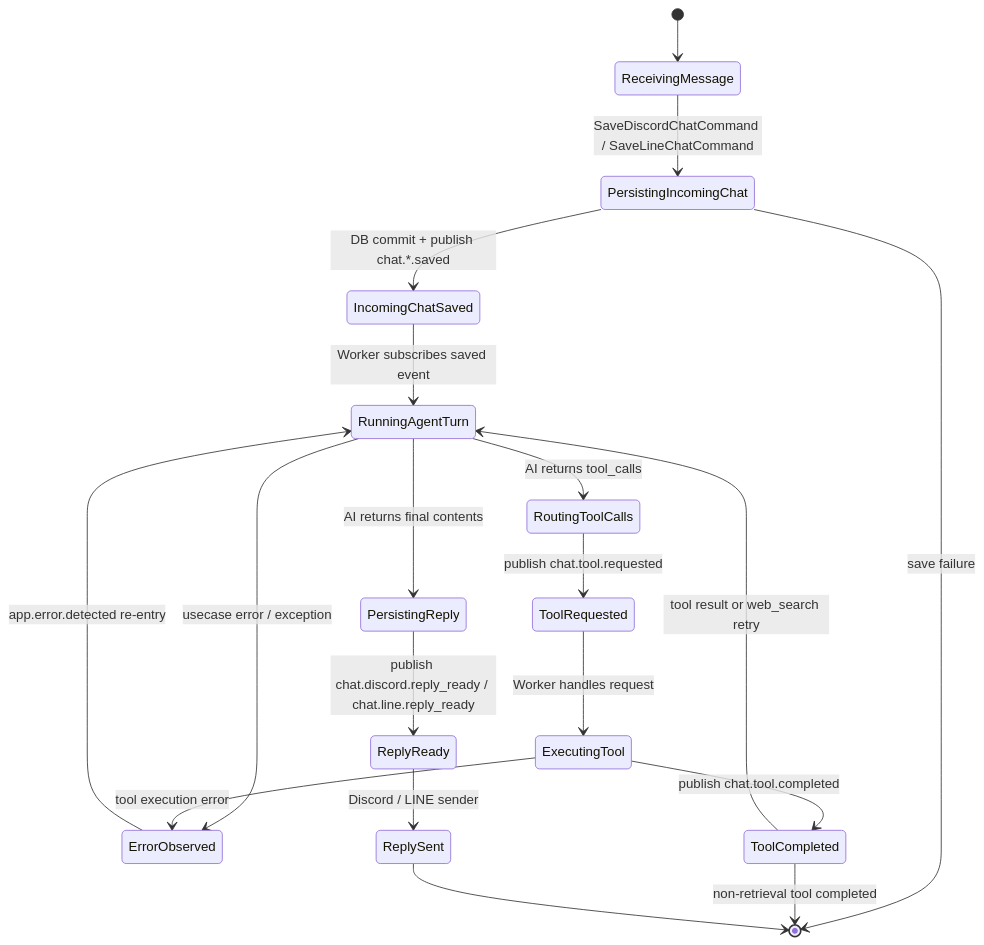
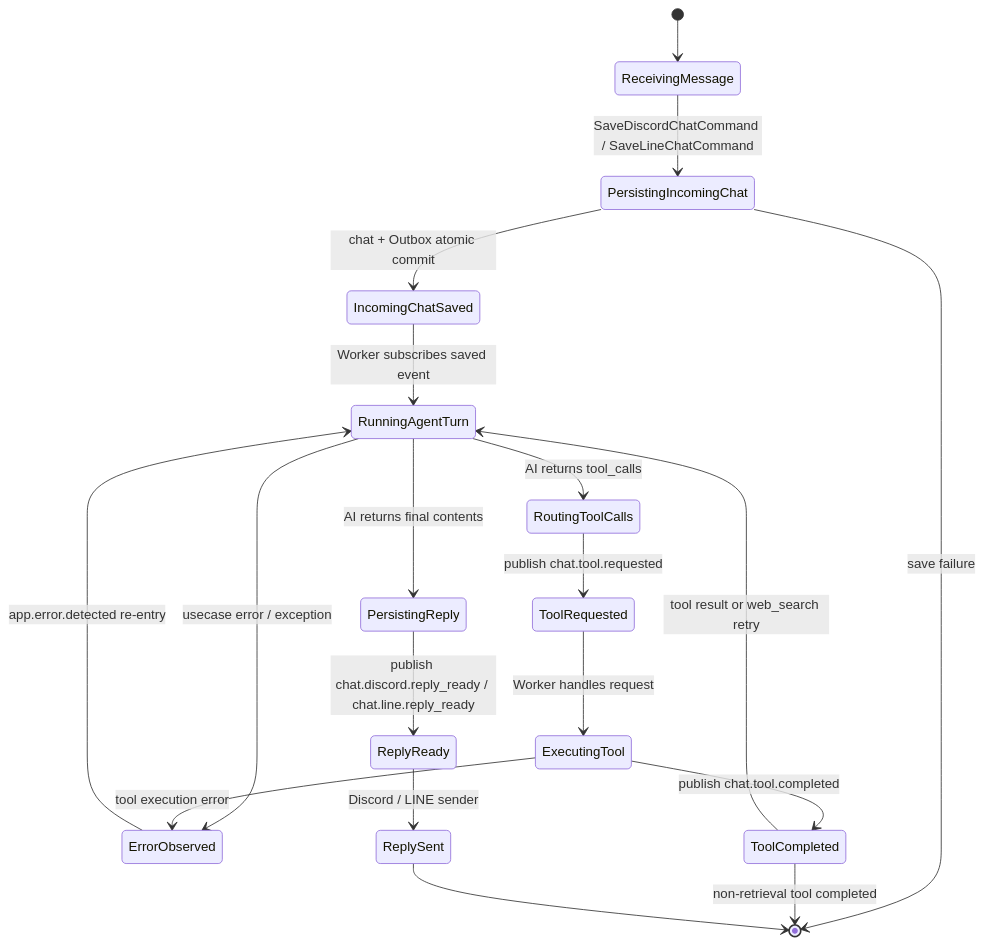
One commit to aiagate/agentic-chat-foundation changed the second of 2 diagrams in docs/architecture/event-call-graph.md. Above: the diagram before and after it, drawn with Mermaid. The commit also changed other lines of this file and 173 other files, not shown here.

````diff
--- a/docs/architecture/event-call-graph.md
+++ b/docs/architecture/event-call-graph.md
@@ -176,28 +183,28 @@
 ```mermaid
 stateDiagram-v2
     [*] --> ReceivingMessage
 
     ReceivingMessage --> PersistingIncomingChat: SaveDiscordChatCommand / SaveLineChatCommand
-    PersistingIncomingChat --> IncomingChatSaved: DB commit + publish chat.*.saved
+    PersistingIncomingChat --> IncomingChatSaved: chat + Outbox atomic commit
     PersistingIncomingChat --> [*]: save failure
 
     IncomingChatSaved --> RunningAgentTurn: Worker subscribes saved event
 
     RunningAgentTurn --> RoutingToolCalls: AI returns tool_calls
     RunningAgentTurn --> PersistingReply: AI returns final contents
     RunningAgentTurn --> ErrorObserved: usecase error / exception
 
     RoutingToolCalls --> ToolRequested: publish chat.tool.requested
     ToolRequested --> ExecutingTool: Worker handles request
     ExecutingTool --> ToolCompleted: publish chat.tool.completed
     ExecutingTool --> ErrorObserved: tool execution error
 
     ToolCompleted --> RunningAgentTurn: tool result or web_search retry
     ToolCompleted --> [*]: non-retrieval tool completed
 
     PersistingReply --> ReplyReady: publish chat.discord.reply_ready / chat.line.reply_ready
     ReplyReady --> ReplySent: Discord / LINE sender
     ReplySent --> [*]
 
     ErrorObserved --> RunningAgentTurn: app.error.detected re-entry
 ```
````
